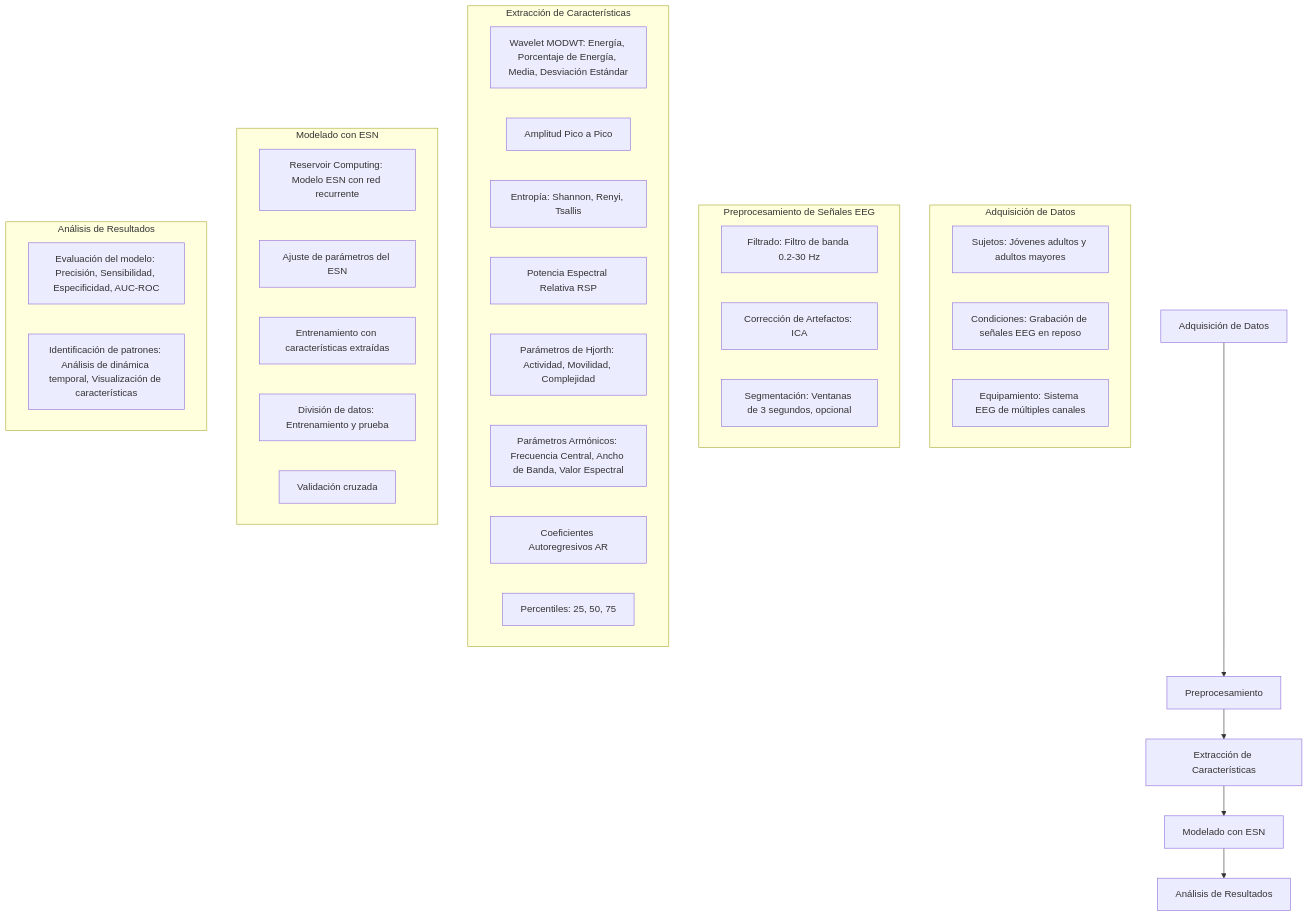
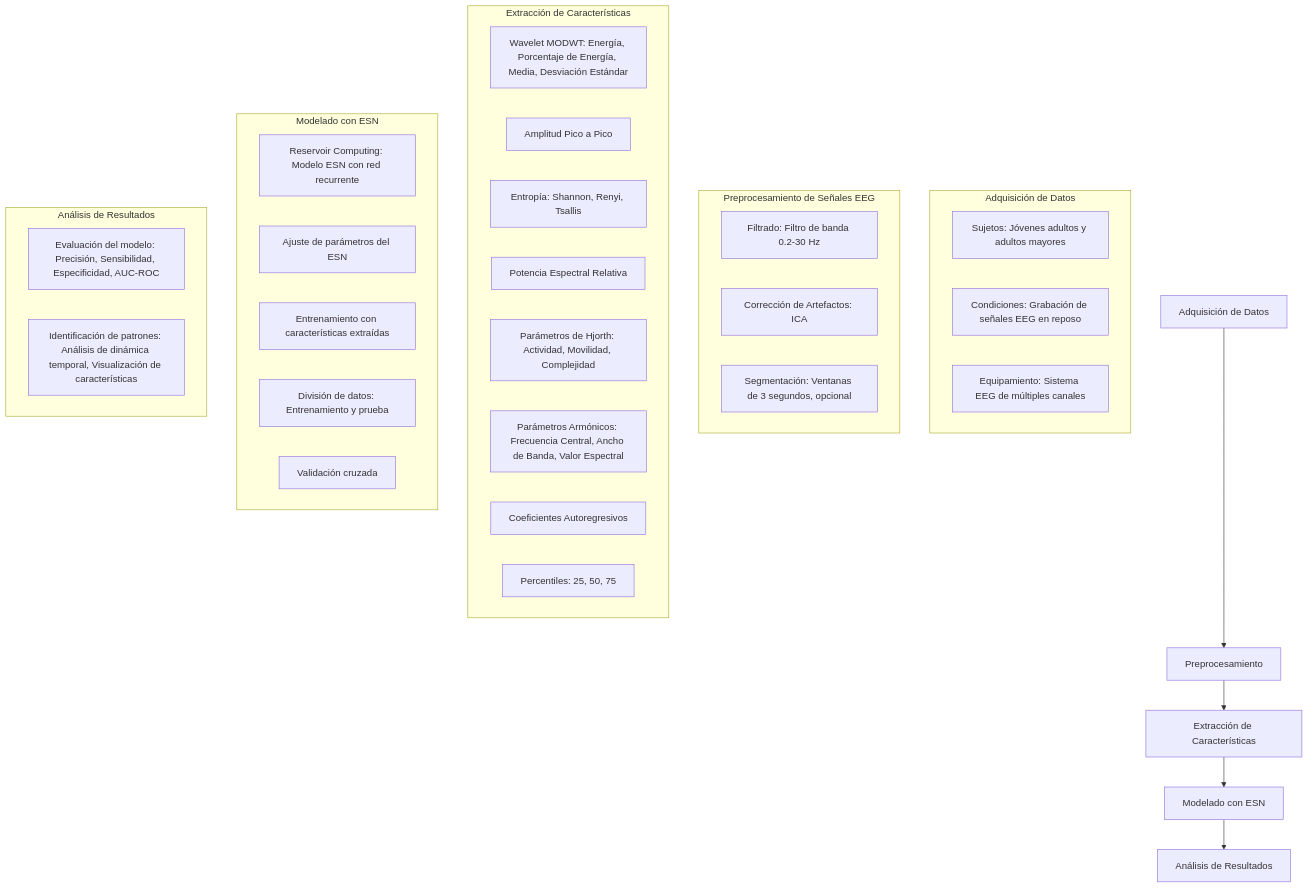
The diagram in README.md (jogugil/MyRC), drawn with Mermaid before and after one commit.

````diff
--- a/README.md
+++ b/README.md
@@ -51,43 +51,43 @@
 ```mermaid
 graph TD;
     A[Adquisición de Datos] --> B[Preprocesamiento]
     B --> C[Extracción de Características]
     C --> D[Modelado con ESN]
     D --> E[Análisis de Resultados]
 
     subgraph "Adquisición de Datos"
         A1[Sujetos: Jóvenes adultos y adultos mayores]
         A2[Condiciones: Grabación de señales EEG en reposo]
         A3[Equipamiento: Sistema EEG de múltiples canales]
     end
 
     subgraph "Preprocesamiento de Señales EEG"
         B1[Filtrado: Filtro de banda 0.2-30 Hz]
         B2[Corrección de Artefactos: ICA]
         B3[Segmentación: Ventanas de 3 segundos, opcional]
     end
 
     subgraph "Extracción de Características"
         C1[Wavelet MODWT: Energía, Porcentaje de Energía, Media, Desviación Estándar]
         C2[Amplitud Pico a Pico]
         C3[Entropía: Shannon, Renyi, Tsallis]
-        C4[Potencia Espectral Relativa RSP]
+        C4[Potencia Espectral Relativa]
         C5[Parámetros de Hjorth: Actividad, Movilidad, Complejidad]
         C6[Parámetros Armónicos: Frecuencia Central, Ancho de Banda, Valor Espectral]
-        C7[Coeficientes Autoregresivos AR]
+        C7[Coeficientes Autoregresivos]
         C8[Percentiles: 25, 50, 75]
     end
 
     subgraph "Modelado con ESN"
         D1[Reservoir Computing: Modelo ESN con red recurrente]
         D2[Ajuste de parámetros del ESN]
         D3[Entrenamiento con características extraídas]
         D4[División de datos: Entrenamiento y prueba]
         D5[Validación cruzada]
     end
 
     subgraph "Análisis de Resultados"
         E1[Evaluación del modelo: Precisión, Sensibilidad, Especificidad, AUC-ROC]
         E2[Identificación de patrones: Análisis de dinámica temporal, Visualización de características]
     end
 ```
````
